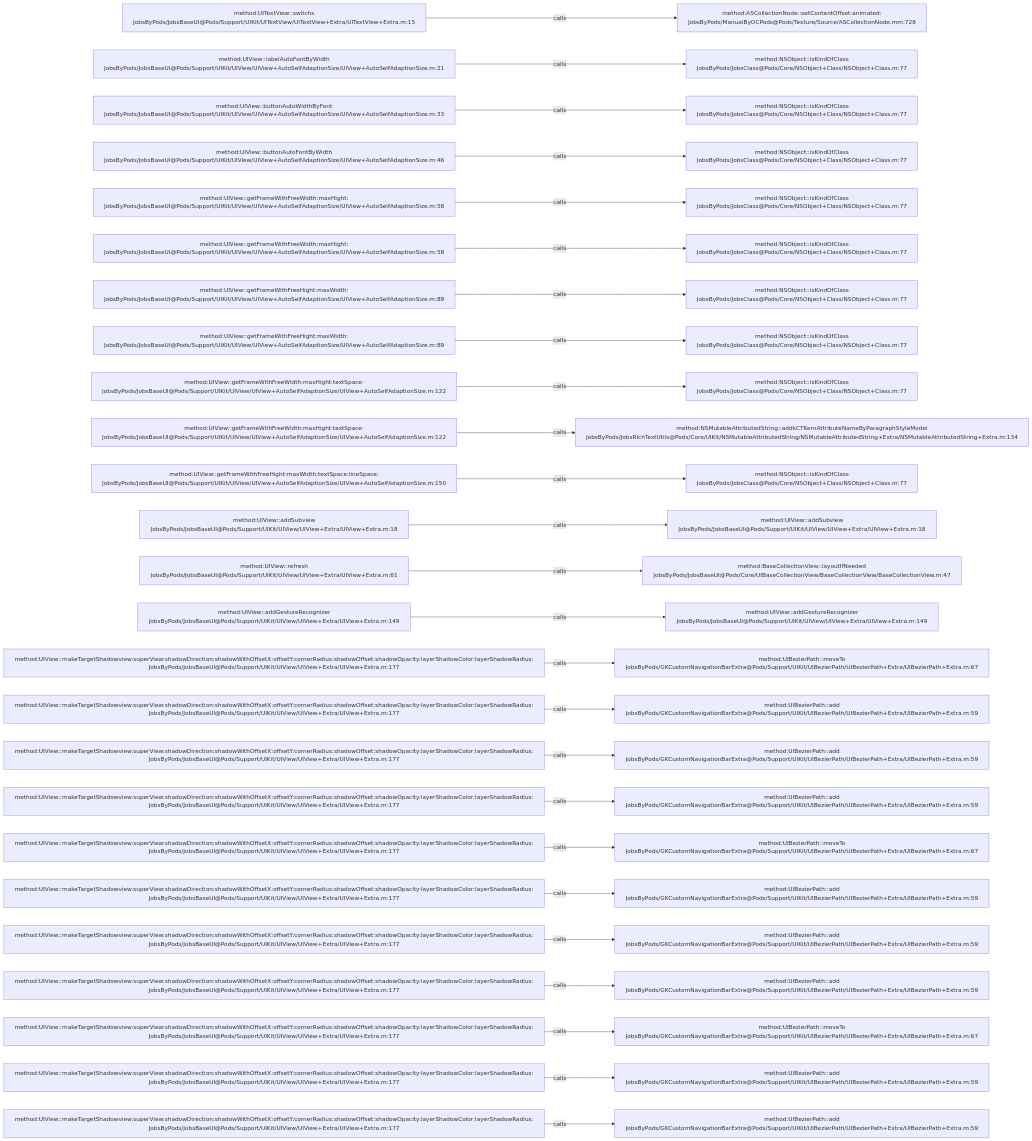
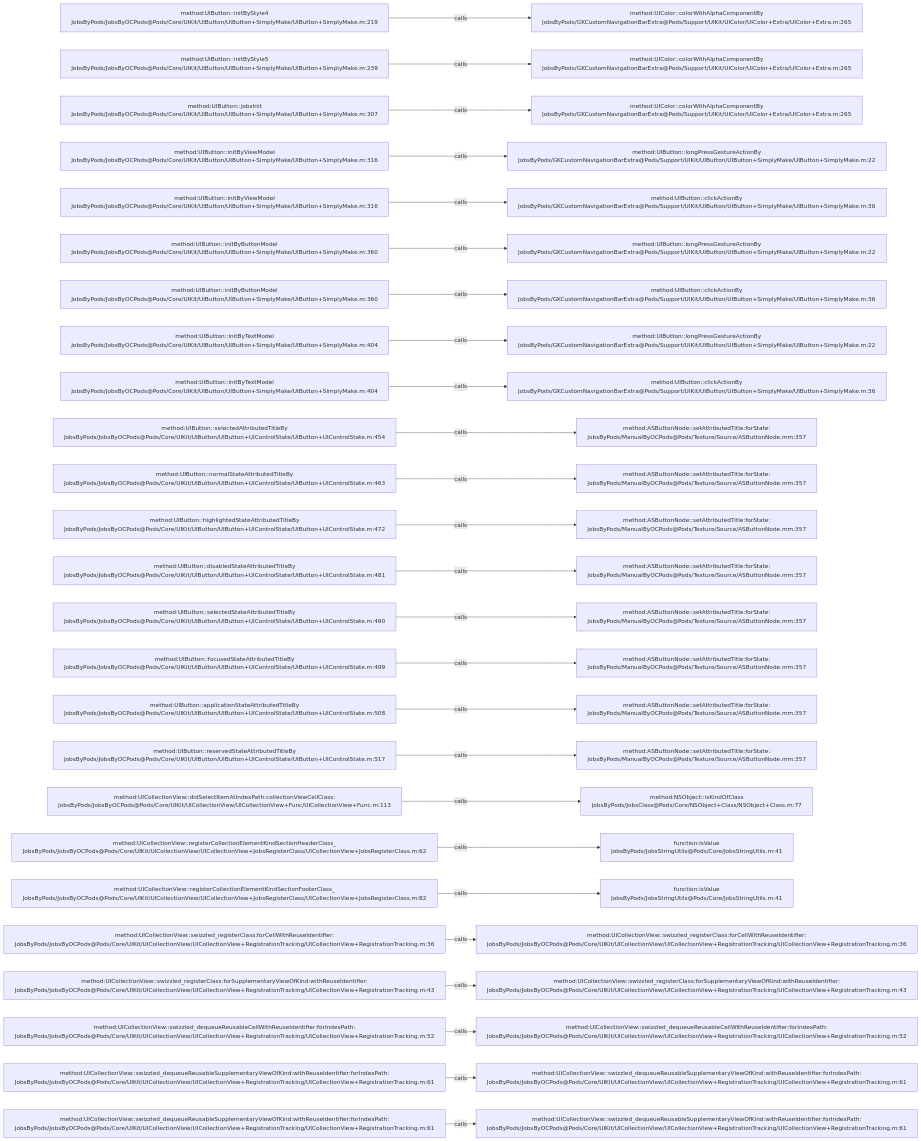
The diagram in .codegraph/codegraph.md/graphs/calls-059.md (JobsKits/JobsOCBaseConfigDemo), drawn with Mermaid before and after one commit. The commit also changed 1026 other files, not shown here.

````diff
--- a/.codegraph/codegraph.md/graphs/calls-059.md
+++ b/.codegraph/codegraph.md/graphs/calls-059.md
@@ -13,78 +13,78 @@
 ```mermaid
 flowchart LR
-  S1["method:UITextView::switchs<br/>JobsByPods/JobsBaseUI@Pods/Support/UIKit/UITextView/UITextView+Extra/UITextView+Extra.m:15"]
-  T1["method:ASCollectionNode::setContentOffset:animated:<br/>JobsByPods/ManualByOCPods@Pods/Texture/Source/ASCollectionNode.mm:728"]
+  S1["method:UIButton::initByStyle4<br/>JobsByPods/JobsByOCPods@Pods/Core/UIKit/UIButton/UIButton+SimplyMake/UIButton+SimplyMake.m:219"]
+  T1["method:UIColor::colorWithAlphaComponentBy<br/>JobsByPods/GKCustomNavigationBarExtra@Pods/Support/UIKit/UIColor/UIColor+Extra/UIColor+Extra.m:265"]
   S1 -->|calls| T1
-  S2["method:UIView::labelAutoFontByWidth<br/>JobsByPods/JobsBaseUI@Pods/Support/UIKit/UIView/UIView+AutoSelfAdaptionSize/UIView+AutoSelfAdaptionSize.m:21"]
-  T2["method:NSObject::isKindOfClass<br/>JobsByPods/JobsClass@Pods/Core/NSObject+Class/NSObject+Class.m:77"]
+  S2["method:UIButton::initByStyle5<br/>JobsByPods/JobsByOCPods@Pods/Core/UIKit/UIButton/UIButton+SimplyMake/UIButton+SimplyMake.m:239"]
+  T2["method:UIColor::colorWithAlphaComponentBy<br/>JobsByPods/GKCustomNavigationBarExtra@Pods/Support/UIKit/UIColor/UIColor+Extra/UIColor+Extra.m:265"]
   S2 -->|calls| T2
-  S3["method:UIView::buttonAutoWidthByFont<br/>JobsByPods/JobsBaseUI@Pods/Support/UIKit/UIView/UIView+AutoSelfAdaptionSize/UIView+AutoSelfAdaptionSize.m:33"]
-  T3["method:NSObject::isKindOfClass<br/>JobsByPods/JobsClass@Pods/Core/NSObject+Class/NSObject+Class.m:77"]
+  S3["method:UIButton::jobsInit<br/>JobsByPods/JobsByOCPods@Pods/Core/UIKit/UIButton/UIButton+SimplyMake/UIButton+SimplyMake.m:307"]
+  T3["method:UIColor::colorWithAlphaComponentBy<br/>JobsByPods/GKCustomNavigationBarExtra@Pods/Support/UIKit/UIColor/UIColor+Extra/UIColor+Extra.m:265"]
   S3 -->|calls| T3
-  S4["method:UIView::buttonAutoFontByWidth<br/>JobsByPods/JobsBaseUI@Pods/Support/UIKit/UIView/UIView+AutoSelfAdaptionSize/UIView+AutoSelfAdaptionSize.m:46"]
-  T4["method:NSObject::isKindOfClass<br/>JobsByPods/JobsClass@Pods/Core/NSObject+Class/NSObject+Class.m:77"]
+  S4["method:UIButton::initByViewModel<br/>JobsByPods/JobsByOCPods@Pods/Core/UIKit/UIButton/UIButton+SimplyMake/UIButton+SimplyMake.m:316"]
+  T4["method:UIButton::longPressGestureActionBy<br/>JobsByPods/GKCustomNavigationBarExtra@Pods/Support/UIKit/UIButton/UIButton+SimplyMake/UIButton+SimplyMake.m:22"]
   S4 -->|calls| T4
-  S5["method:UIView::getFrameWithFreeWidth:maxHight:<br/>JobsByPods/JobsBaseUI@Pods/Support/UIKit/UIView/UIView+AutoSelfAdaptionSize/UIView+AutoSelfAdaptionSize.m:58"]
-  T5["method:NSObject::isKindOfClass<br/>JobsByPods/JobsClass@Pods/Core/NSObject+Class/NSObject+Class.m:77"]
+  S5["method:UIButton::initByViewModel<br/>JobsByPods/JobsByOCPods@Pods/Core/UIKit/UIButton/UIButton+SimplyMake/UIButton+SimplyMake.m:316"]
+  T5["method:UIButton::clickActionBy<br/>JobsByPods/GKCustomNavigationBarExtra@Pods/Support/UIKit/UIButton/UIButton+SimplyMake/UIButton+SimplyMake.m:36"]
   S5 -->|calls| T5
-  S6["method:UIView::getFrameWithFreeWidth:maxHight:<br/>JobsByPods/JobsBaseUI@Pods/Support/UIKit/UIView/UIView+AutoSelfAdaptionSize/UIView+AutoSelfAdaptionSize.m:58"]
-  T6["method:NSObject::isKindOfClass<br/>JobsByPods/JobsClass@Pods/Core/NSObject+Class/NSObject+Class.m:77"]
+  S6["method:UIButton::initByButtonModel<br/>JobsByPods/JobsByOCPods@Pods/Core/UIKit/UIButton/UIButton+SimplyMake/UIButton+SimplyMake.m:360"]
+  T6["method:UIButton::longPressGestureActionBy<br/>JobsByPods/GKCustomNavigationBarExtra@Pods/Support/UIKit/UIButton/UIButton+SimplyMake/UIButton+SimplyMake.m:22"]
   S6 -->|calls| T6
-  S7["method:UIView::getFrameWithFreeHight:maxWidth:<br/>JobsByPods/JobsBaseUI@Pods/Support/UIKit/UIView/UIView+AutoSelfAdaptionSize/UIView+AutoSelfAdaptionSize.m:89"]
-  T7["method:NSObject::isKindOfClass<br/>JobsByPods/JobsClass@Pods/Core/NSObject+Class/NSObject+Class.m:77"]
+  S7["method:UIButton::initByButtonModel<br/>JobsByPods/JobsByOCPods@Pods/Core/UIKit/UIButton/UIButton+SimplyMake/UIButton+SimplyMake.m:360"]
+  T7["method:UIButton::clickActionBy<br/>JobsByPods/GKCustomNavigationBarExtra@Pods/Support/UIKit/UIButton/UIButton+SimplyMake/UIButton+SimplyMake.m:36"]
   S7 -->|calls| T7
-  S8["method:UIView::getFrameWithFreeHight:maxWidth:<br/>JobsByPods/JobsBaseUI@Pods/Support/UIKit/UIView/UIView+AutoSelfAdaptionSize/UIView+AutoSelfAdaptionSize.m:89"]
-  T8["method:NSObject::isKindOfClass<br/>JobsByPods/JobsClass@Pods/Core/NSObject+Class/NSObject+Class.m:77"]
+  S8["method:UIButton::initByTextModel<br/>JobsByPods/JobsByOCPods@Pods/Core/UIKit/UIButton/UIButton+SimplyMake/UIButton+SimplyMake.m:404"]
+  T8["method:UIButton::longPressGestureActionBy<br/>JobsByPods/GKCustomNavigationBarExtra@Pods/Support/UIKit/UIButton/UIButton+SimplyMake/UIButton+SimplyMake.m:22"]
   S8 -->|calls| T8
-  S9["method:UIView::getFrameWithFreeWidth:maxHight:textSpace:<br/>JobsByPods/JobsBaseUI@Pods/Support/UIKit/UIView/UIView+AutoSelfAdaptionSize/UIView+AutoSelfAdaptionSize.m:122"]
-  T9["method:NSObject::isKindOfClass<br/>JobsByPods/JobsClass@Pods/Core/NSObject+Class/NSObject+Class.m:77"]
+  S9["method:UIButton::initByTextModel<br/>JobsByPods/JobsByOCPods@Pods/Core/UIKit/UIButton/UIButton+SimplyMake/UIButton+SimplyMake.m:404"]
+  T9["method:UIButton::clickActionBy<br/>JobsByPods/GKCustomNavigationBarExtra@Pods/Support/UIKit/UIButton/UIButton+SimplyMake/UIButton+SimplyMake.m:36"]
   S9 -->|calls| T9
-  S10["method:UIView::getFrameWithFreeWidth:maxHight:textSpace:<br/>JobsByPods/JobsBaseUI@Pods/Support/UIKit/UIView/UIView+AutoSelfAdaptionSize/UIView+AutoSelfAdaptionSize.m:122"]
-  T10["method:NSMutableAttributedString::addkCTKernAttributeNameByParagraphStyleModel<br/>JobsByPods/JobsRichTextUtils@Pods/Core/UIKit/NSMutableAttributedString/NSMutableAttributedString+Extra/NSMutableAttributedString+Extra.m:134"]
+  S10["method:UIButton::selectedAttributedTitleBy<br/>JobsByPods/JobsByOCPods@Pods/Core/UIKit/UIButton/UIButton+UIControlState/UIButton+UIControlState.m:454"]
+  T10["method:ASButtonNode::setAttributedTitle:forState:<br/>JobsByPods/ManualByOCPods@Pods/Texture/Source/ASButtonNode.mm:357"]
   S10 -->|calls| T10
-  S11["method:UIView::getFrameWithFreeHight:maxWidth:textSpace:lineSpace:<br/>JobsByPods/JobsBaseUI@Pods/Support/UIKit/UIView/UIView+AutoSelfAdaptionSize/UIView+AutoSelfAdaptionSize.m:150"]
-  T11["method:NSObject::isKindOfClass<br/>JobsByPods/JobsClass@Pods/Core/NSObject+Class/NSObject+Class.m:77"]
+  S11["method:UIButton::normalStateAttributedTitleBy<br/>JobsByPods/JobsByOCPods@Pods/Core/UIKit/UIButton/UIButton+UIControlState/UIButton+UIControlState.m:463"]
+  T11["method:ASButtonNode::setAttributedTitle:forState:<br/>JobsByPods/ManualByOCPods@Pods/Texture/Source/ASButtonNode.mm:357"]
   S11 -->|calls| T11
-  S12["method:UIView::addSubview<br/>JobsByPods/JobsBaseUI@Pods/Support/UIKit/UIView/UIView+Extra/UIView+Extra.m:18"]
-  T12["method:UIView::addSubview<br/>JobsByPods/JobsBaseUI@Pods/Support/UIKit/UIView/UIView+Extra/UIView+Extra.m:18"]
+  S12["method:UIButton::highlightedStateAttributedTitleBy<br/>JobsByPods/JobsByOCPods@Pods/Core/UIKit/UIButton/UIButton+UIControlState/UIButton+UIControlState.m:472"]
+  T12["method:ASButtonNode::setAttributedTitle:forState:<br/>JobsByPods/ManualByOCPods@Pods/Texture/Source/ASButtonNode.mm:357"]
   S12 -->|calls| T12
-  S13["method:UIView::refresh<br/>JobsByPods/JobsBaseUI@Pods/Support/UIKit/UIView/UIView+Extra/UIView+Extra.m:61"]
-  T13["method:BaseCollectionView::layoutIfNeeded<br/>JobsByPods/JobsBaseUI@Pods/Core/UIBaseCollectionView/BaseCollectionView/BaseCollectionView.m:47"]
+  S13["method:UIButton::disabledStateAttributedTitleBy<br/>JobsByPods/JobsByOCPods@Pods/Core/UIKit/UIButton/UIButton+UIControlState/UIButton+UIControlState.m:481"]
+  T13["method:ASButtonNode::setAttributedTitle:forState:<br/>JobsByPods/ManualByOCPods@Pods/Texture/Source/ASButtonNode.mm:357"]
   S13 -->|calls| T13
-  S14["method:UIView::addGestureRecognizer<br/>JobsByPods/JobsBaseUI@Pods/Support/UIKit/UIView/UIView+Extra/UIView+Extra.m:149"]
-  T14["method:UIView::addGestureRecognizer<br/>JobsByPods/JobsBaseUI@Pods/Support/UIKit/UIView/UIView+Extra/UIView+Extra.m:149"]
+  S14["method:UIButton::selectedStateAttributedTitleBy<br/>JobsByPods/JobsByOCPods@Pods/Core/UIKit/UIButton/UIButton+UIControlState/UIButton+UIControlState.m:490"]
+  T14["method:ASButtonNode::setAttributedTitle:forState:<br/>JobsByPods/ManualByOCPods@Pods/Texture/Source/ASButtonNode.mm:357"]
   S14 -->|calls| T14
-  S15["method:UIView::makeTargetShadowview:superView:shadowDirection:shadowWithOffsetX:offsetY:cornerRadius:shadowOffset:shadowOpacity:layerShadowColor:layerShadowRadius:<br/>JobsByPods/JobsBaseUI@Pods/Support/UIKit/UIView/UIView+Extra/UIView+Extra.m:177"]
-  T15["method:UIBezierPath::moveTo<br/>JobsByPods/GKCustomNavigationBarExtra@Pods/Support/UIKit/UIBezierPath/UIBezierPath+Extra/UIBezierPath+Extra.m:67"]
+  S15["method:UIButton::focusedStateAttributedTitleBy<br/>JobsByPods/JobsByOCPods@Pods/Core/UIKit/UIButton/UIButton+UIControlState/UIButton+UIControlState.m:499"]
+  T15["method:ASButtonNode::setAttributedTitle:forState:<br/>JobsByPods/ManualByOCPods@Pods/Texture/Source/ASButtonNode.mm:357"]
   S15 -->|calls| T15
-  S16["method:UIView::makeTargetShadowview:superView:shadowDirection:shadowWithOffsetX:offsetY:cornerRadius:shadowOffset:shadowOpacity:layerShadowColor:layerShadowRadius:<br/>JobsByPods/JobsBaseUI@Pods/Support/UIKit/UIView/UIView+Extra/UIView+Extra.m:177"]
-  T16["method:UIBezierPath::add<br/>JobsByPods/GKCustomNavigationBarExtra@Pods/Support/UIKit/UIBezierPath/UIBezierPath+Extra/UIBezierPath+Extra.m:59"]
+  S16["method:UIButton::applicationStateAttributedTitleBy<br/>JobsByPods/JobsByOCPods@Pods/Core/UIKit/UIButton/UIButton+UIControlState/UIButton+UIControlState.m:508"]
+  T16["method:ASButtonNode::setAttributedTitle:forState:<br/>JobsByPods/ManualByOCPods@Pods/Texture/Source/ASButtonNode.mm:357"]
   S16 -->|calls| T16
-  S17["method:UIView::makeTargetShadowview:superView:shadowDirection:shadowWithOffsetX:offsetY:cornerRadius:shadowOffset:shadowOpacity:layerShadowColor:layerShadowRadius:<br/>JobsByPods/JobsBaseUI@Pods/Support/UIKit/UIView/UIView+Extra/UIView+Extra.m:177"]
-  T17["method:UIBezierPath::add<br/>JobsByPods/GKCustomNavigationBarExtra@Pods/Support/UIKit/UIBezierPath/UIBezierPath+Extra/UIBezierPath+Extra.m:59"]
+  S17["method:UIButton::reservedStateAttributedTitleBy<br/>JobsByPods/JobsByOCPods@Pods/Core/UIKit/UIButton/UIButton+UIControlState/UIButton+UIControlState.m:517"]
+  T17["method:ASButtonNode::setAttributedTitle:forState:<br/>JobsByPods/ManualByOCPods@Pods/Texture/Source/ASButtonNode.mm:357"]
   S17 -->|calls| T17
-  S18["method:UIView::makeTargetShadowview:superView:shadowDirection:shadowWithOffsetX:offsetY:cornerRadius:shadowOffset:shadowOpacity:layerShadowColor:layerShadowRadius:<br/>JobsByPods/JobsBaseUI@Pods/Support/UIKit/UIView/UIView+Extra/UIView+Extra.m:177"]
-  T18["method:UIBezierPath::add<br/>JobsByPods/GKCustomNavigationBarExtra@Pods/Support/UIKit/UIBezierPath/UIBezierPath+Extra/UIBezierPath+Extra.m:59"]
+  S18["method:UICollectionView::didSelectItemAtIndexPath:collectionViewCellClass:<br/>JobsByPods/JobsByOCPods@Pods/Core/UIKit/UICollectionView/UICollectionView+Func/UICollectionView+Func.m:113"]
+  T18["method:NSObject::isKindOfClass<br/>JobsByPods/JobsClass@Pods/Core/NSObject+Class/NSObject+Class.m:77"]
   S18 -->|calls| T18
-  S19["method:UIView::makeTargetShadowview:superView:shadowDirection:shadowWithOffsetX:offsetY:cornerRadius:shadowOffset:shadowOpacity:layerShadowColor:layerShadowRadius:<br/>JobsByPods/JobsBaseUI@Pods/Support/UIKit/UIView/UIView+Extra/UIView+Extra.m:177"]
-  T19["method:UIBezierPath::moveTo<br/>JobsByPods/GKCustomNavigationBarExtra@Pods/Support/UIKit/UIBezierPath/UIBezierPath+Extra/UIBezierPath+Extra.m:67"]
+  S19["method:UICollectionView::registerCollectionElementKindSectionHeaderClass_<br/>JobsByPods/JobsByOCPods@Pods/Core/UIKit/UICollectionView/UICollectionView+JobsRegisterClass/UICollectionView+JobsRegisterClass.m:62"]
+  T19["function:isValue<br/>JobsByPods/JobsStringUtils@Pods/Core/JobsStringUtils.m:41"]
   S19 -->|calls| T19
-  S20["method:UIView::makeTargetShadowview:superView:shadowDirection:shadowWithOffsetX:offsetY:cornerRadius:shadowOffset:shadowOpacity:layerShadowColor:layerShadowRadius:<br/>JobsByPods/JobsBaseUI@Pods/Support/UIKit/UIView/UIView+Extra/UIView+Extra.m:177"]
-  T20["method:UIBezierPath::add<br/>JobsByPods/GKCustomNavigationBarExtra@Pods/Support/UIKit/UIBezierPath/UIBezierPath+Extra/UIBezierPath+Extra.m:59"]
+  S20["method:UICollectionView::registerCollectionElementKindSectionFooterClass_<br/>JobsByPods/JobsByOCPods@Pods/Core/UIKit/UICollectionView/UICollectionView+JobsRegisterClass/UICollectionView+JobsRegisterClass.m:82"]
+  T20["function:isValue<br/>JobsByPods/JobsStringUtils@Pods/Core/JobsStringUtils.m:41"]
   S20 -->|calls| T20
-  S21["method:UIView::makeTargetShadowview:superView:shadowDirection:shadowWithOffsetX:offsetY:cornerRadius:shadowOffset:shadowOpacity:layerShadowColor:layerShadowRadius:<br/>JobsByPods/JobsBaseUI@Pods/Support/UIKit/UIView/UIView+Extra/UIView+Extra.m:177"]
-  T21["method:UIBezierPath::add<br/>JobsByPods/GKCustomNavigationBarExtra@Pods/Support/UIKit/UIBezierPath/UIBezierPath+Extra/UIBezierPath+Extra.m:59"]
+  S21["method:UICollectionView::swizzled_registerClass:forCellWithReuseIdentifier:<br/>JobsByPods/JobsByOCPods@Pods/Core/UIKit/UICollectionView/UICollectionView+RegistrationTracking/UICollectionView+RegistrationTracking.m:36"]
+  T21["method:UICollectionView::swizzled_registerClass:forCellWithReuseIdentifier:<br/>JobsByPods/JobsByOCPods@Pods/Core/UIKit/UICollectionView/UICollectionView+RegistrationTracking/UICollectionView+RegistrationTracking.m:36"]
   S21 -->|calls| T21
-  S22["method:UIView::makeTargetShadowview:superView:shadowDirection:shadowWithOffsetX:offsetY:cornerRadius:shadowOffset:shadowOpacity:layerShadowColor:layerShadowRadius:<br/>JobsByPods/JobsBaseUI@Pods/Support/UIKit/UIView/UIView+Extra/UIView+Extra.m:177"]
-  T22["method:UIBezierPath::add<br/>JobsByPods/GKCustomNavigationBarExtra@Pods/Support/UIKit/UIBezierPath/UIBezierPath+Extra/UIBezierPath+Extra.m:59"]
+  S22["method:UICollectionView::swizzled_registerClass:forSupplementaryViewOfKind:withReuseIdentifier:<br/>JobsByPods/JobsByOCPods@Pods/Core/UIKit/UICollectionView/UICollectionView+RegistrationTracking/UICollectionView+RegistrationTracking.m:43"]
+  T22["method:UICollectionView::swizzled_registerClass:forSupplementaryViewOfKind:withReuseIdentifier:<br/>JobsByPods/JobsByOCPods@Pods/Core/UIKit/UICollectionView/UICollectionView+RegistrationTracking/UICollectionView+RegistrationTracking.m:43"]
   S22 -->|calls| T22
-  S23["method:UIView::makeTargetShadowview:superView:shadowDirection:shadowWithOffsetX:offsetY:cornerRadius:shadowOffset:shadowOpacity:layerShadowColor:layerShadowRadius:<br/>JobsByPods/JobsBaseUI@Pods/Support/UIKit/UIView/UIView+Extra/UIView+Extra.m:177"]
-  T23["method:UIBezierPath::moveTo<br/>JobsByPods/GKCustomNavigationBarExtra@Pods/Support/UIKit/UIBezierPath/UIBezierPath+Extra/UIBezierPath+Extra.m:67"]
+  S23["method:UICollectionView::swizzled_dequeueReusableCellWithReuseIdentifier:forIndexPath:<br/>JobsByPods/JobsByOCPods@Pods/Core/UIKit/UICollectionView/UICollectionView+RegistrationTracking/UICollectionView+RegistrationTracking.m:52"]
+  T23["method:UICollectionView::swizzled_dequeueReusableCellWithReuseIdentifier:forIndexPath:<br/>JobsByPods/JobsByOCPods@Pods/Core/UIKit/UICollectionView/UICollectionView+RegistrationTracking/UICollectionView+RegistrationTracking.m:52"]
   S23 -->|calls| T23
-  S24["method:UIView::makeTargetShadowview:superView:shadowDirection:shadowWithOffsetX:offsetY:cornerRadius:shadowOffset:shadowOpacity:layerShadowColor:layerShadowRadius:<br/>JobsByPods/JobsBaseUI@Pods/Support/UIKit/UIView/UIView+Extra/UIView+Extra.m:177"]
-  T24["method:UIBezierPath::add<br/>JobsByPods/GKCustomNavigationBarExtra@Pods/Support/UIKit/UIBezierPath/UIBezierPath+Extra/UIBezierPath+Extra.m:59"]
+  S24["method:UICollectionView::swizzled_dequeueReusableSupplementaryViewOfKind:withReuseIdentifier:forIndexPath:<br/>JobsByPods/JobsByOCPods@Pods/Core/UIKit/UICollectionView/UICollectionView+RegistrationTracking/UICollectionView+RegistrationTracking.m:61"]
+  T24["method:UICollectionView::swizzled_dequeueReusableSupplementaryViewOfKind:withReuseIdentifier:forIndexPath:<br/>JobsByPods/JobsByOCPods@Pods/Core/UIKit/UICollectionView/UICollectionView+RegistrationTracking/UICollectionView+RegistrationTracking.m:61"]
   S24 -->|calls| T24
-  S25["method:UIView::makeTargetShadowview:superView:shadowDirection:shadowWithOffsetX:offsetY:cornerRadius:shadowOffset:shadowOpacity:layerShadowColor:layerShadowRadius:<br/>JobsByPods/JobsBaseUI@Pods/Support/UIKit/UIView/UIView+Extra/UIView+Extra.m:177"]
-  T25["method:UIBezierPath::add<br/>JobsByPods/GKCustomNavigationBarExtra@Pods/Support/UIKit/UIBezierPath/UIBezierPath+Extra/UIBezierPath+Extra.m:59"]
+  S25["method:UICollectionView::swizzled_dequeueReusableSupplementaryViewOfKind:withReuseIdentifier:forIndexPath:<br/>JobsByPods/JobsByOCPods@Pods/Core/UIKit/UICollectionView/UICollectionView+RegistrationTracking/UICollectionView+RegistrationTracking.m:61"]
+  T25["method:UICollectionView::swizzled_dequeueReusableSupplementaryViewOfKind:withReuseIdentifier:forIndexPath:<br/>JobsByPods/JobsByOCPods@Pods/Core/UIKit/UICollectionView/UICollectionView+RegistrationTracking/UICollectionView+RegistrationTracking.m:61"]
   S25 -->|calls| T25
 ```
````
